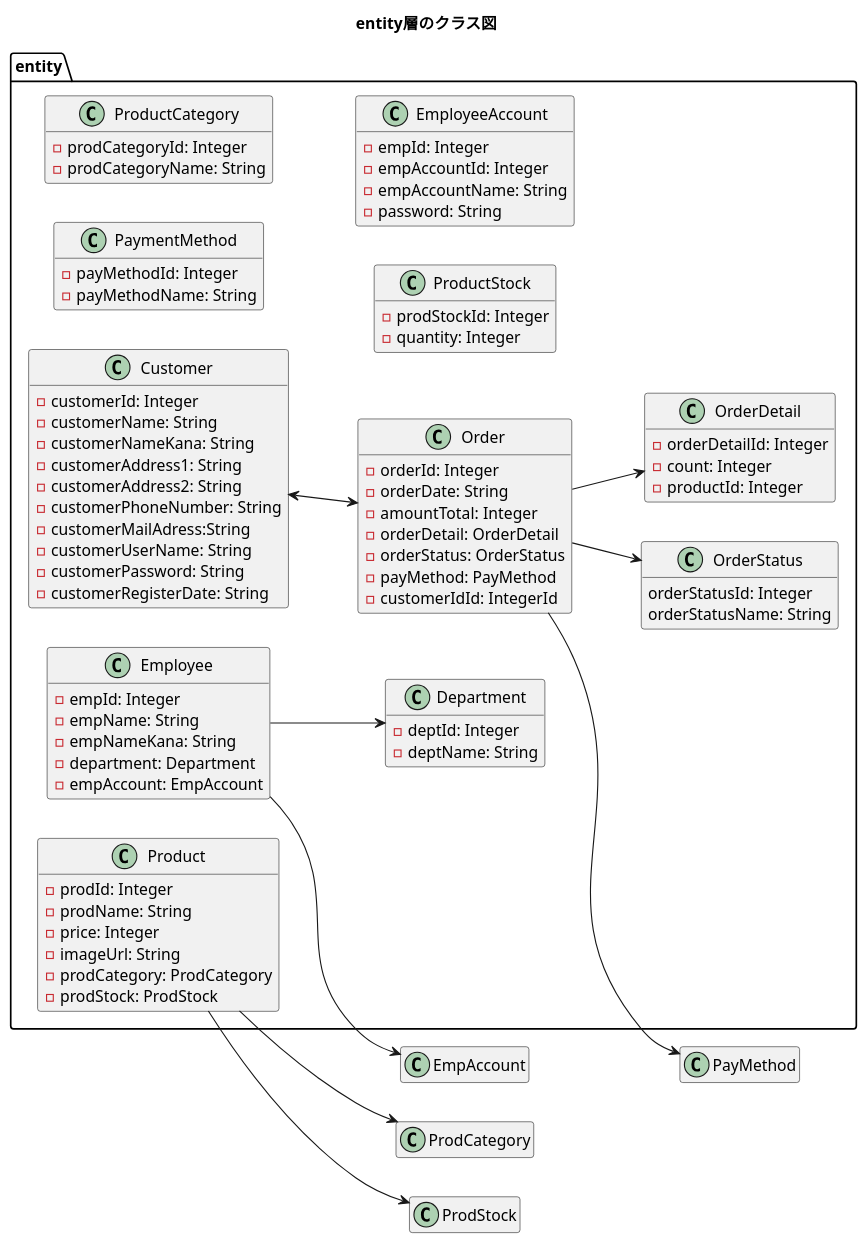
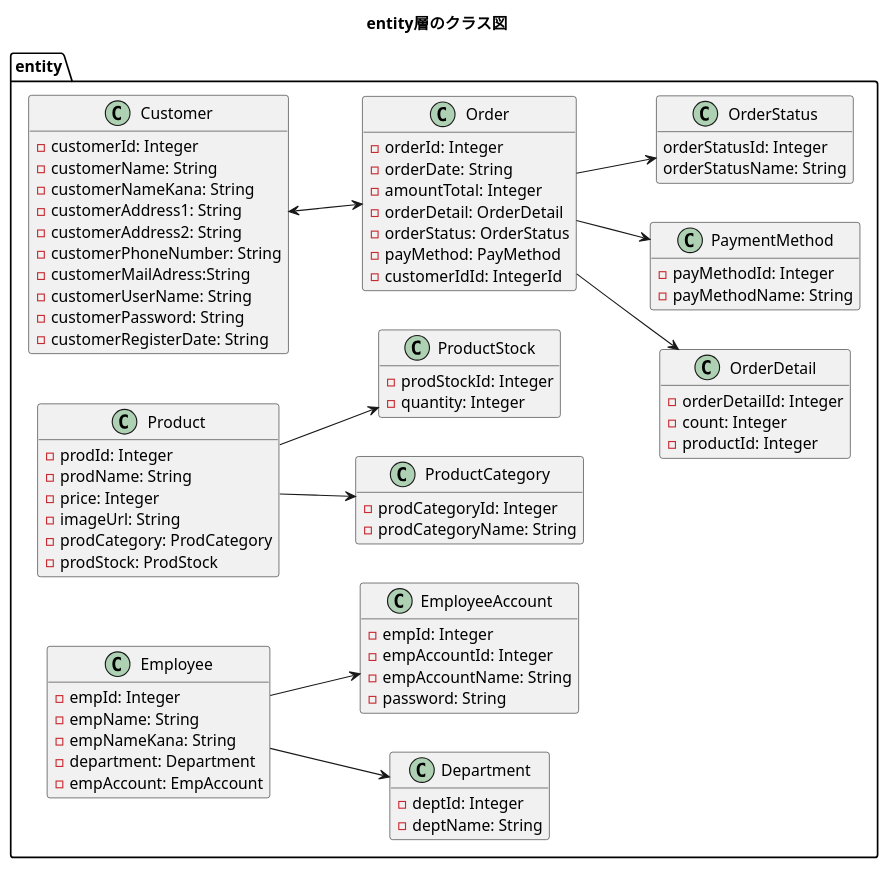
One commit to kanavii3333/ec-b changed the diagram in plan/uml/class/entity.plantuml. Above: the diagram before and after it, drawn with PlantUML. The commit also changed 1 other file, not shown here.

Commit message:
クラス図修正

```diff
--- a/plan/uml/class/entity.plantuml
+++ b/plan/uml/class/entity.plantuml
@@ -1,94 +1,94 @@
 @startuml
 title entity層のクラス図
 hide empty members
 left to right direction
 
 package entity{
     class Customer{
         -customerId: Integer
         -customerName: String
         -customerNameKana: String
         -customerAddress1: String
         -customerAddress2: String
         -customerPhoneNumber: String
         -customerMailAdress:String
         -customerUserName: String
         -customerPassword: String
         -customerRegisterDate: String
     }
 
     class Order{
         -orderId: Integer
         -orderDate: String
         -amountTotal: Integer
         -orderDetail: OrderDetail
         -orderStatus: OrderStatus
         -payMethod: PayMethod
         -customerIdId: IntegerId
     }
 
     class OrderDetail{
         -orderDetailId: Integer
         -count: Integer
         -productId: Integer
     }
     
     class PaymentMethod{
     	-payMethodId: Integer
     	-payMethodName: String
     }
 
     class OrderStatus{
         orderStatusId: Integer
         orderStatusName: String
     }
 
     class Product{
         -prodId: Integer
         -prodName: String
         -price: Integer
         -imageUrl: String
         -prodCategory: ProdCategory
         -prodStock: ProdStock
     }
 
     class ProductCategory{
         -prodCategoryId: Integer
         -prodCategoryName: String
     }
 
     class ProductStock{
         -prodStockId: Integer
         -quantity: Integer
     }
 
     class Employee{
         -empId: Integer
         -empName: String
         -empNameKana: String
         -department: Department
         -empAccount: EmpAccount
     }
 
     class Department{
         -deptId: Integer
         -deptName: String
     }
 
     class EmployeeAccount{
     	-empId: Integer
         -empAccountId: Integer
         -empAccountName: String
         -password: String
     }
 }
 
 Customer <--> Order
 Order --> OrderStatus
 Order --> OrderDetail
-Order --> PayMethod
-Product --> ProdStock
-Product --> ProdCategory
-Employee --> EmpAccount
+Order --> PaymentMethod
+Product --> ProductStock
+Product --> ProductCategory
+Employee --> EmployeeAccount
 Employee --> Department
 @enduml
```
